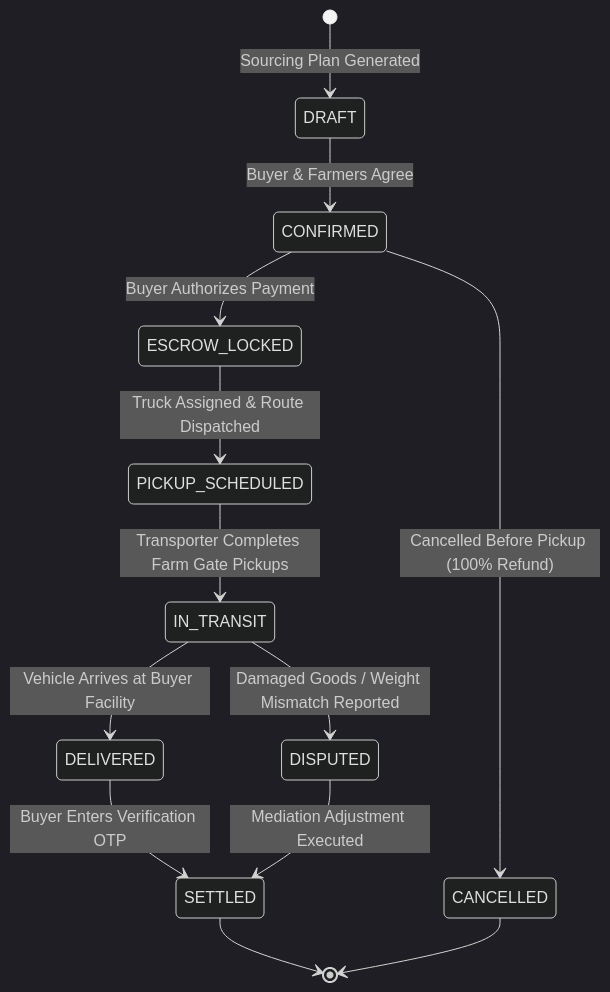
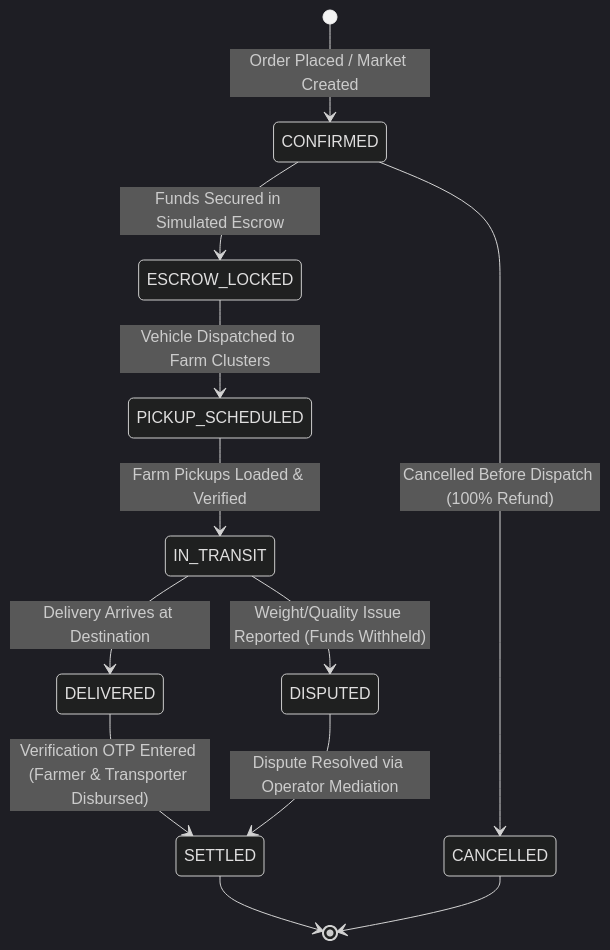
Before and after one commit to vanshbahl/KisanLink: the third of 9 diagrams in DOCS/FLOWS.md, drawn with Mermaid (dark theme). The commit also changed other lines of this file and 11 other files, not shown here.

````diff
--- a/DOCS/FLOWS.md
+++ b/DOCS/FLOWS.md
@@ -85,16 +92,16 @@
 ```mermaid
 stateDiagram-v2
-    [*] --> DRAFT : Sourcing Plan Generated
-    DRAFT --> CONFIRMED : Buyer & Farmers Agree
-    CONFIRMED --> ESCROW_LOCKED : Buyer Authorizes Payment
-    ESCROW_LOCKED --> PICKUP_SCHEDULED : Truck Assigned & Route Dispatched
-    PICKUP_SCHEDULED --> IN_TRANSIT : Transporter Completes Farm Gate Pickups
-    IN_TRANSIT --> DELIVERED : Vehicle Arrives at Buyer Facility
-    DELIVERED --> SETTLED : Buyer Enters Verification OTP
+    [*] --> CONFIRMED : Order Placed / Market Created
+    CONFIRMED --> ESCROW_LOCKED : Funds Secured in Simulated Escrow
+    ESCROW_LOCKED --> PICKUP_SCHEDULED : Vehicle Dispatched to Farm Clusters
+    PICKUP_SCHEDULED --> IN_TRANSIT : Farm Pickups Loaded & Verified
+    IN_TRANSIT --> DELIVERED : Delivery Arrives at Destination
+    DELIVERED --> SETTLED : Verification OTP Entered (Farmer & Transporter Disbursed)
     
-    CONFIRMED --> CANCELLED : Cancelled Before Pickup (100% Refund)
-    IN_TRANSIT --> DISPUTED : Damaged Goods / Weight Mismatch Reported
-    DISPUTED --> SETTLED : Mediation Adjustment Executed
+    CONFIRMED --> CANCELLED : Cancelled Before Dispatch (100% Refund)
+    IN_TRANSIT --> DISPUTED : Weight/Quality Issue Reported (Funds Withheld)
+    DISPUTED --> SETTLED : Dispute Resolved via Operator Mediation
+    
     SETTLED --> [*]
     CANCELLED --> [*]
 ```
````
